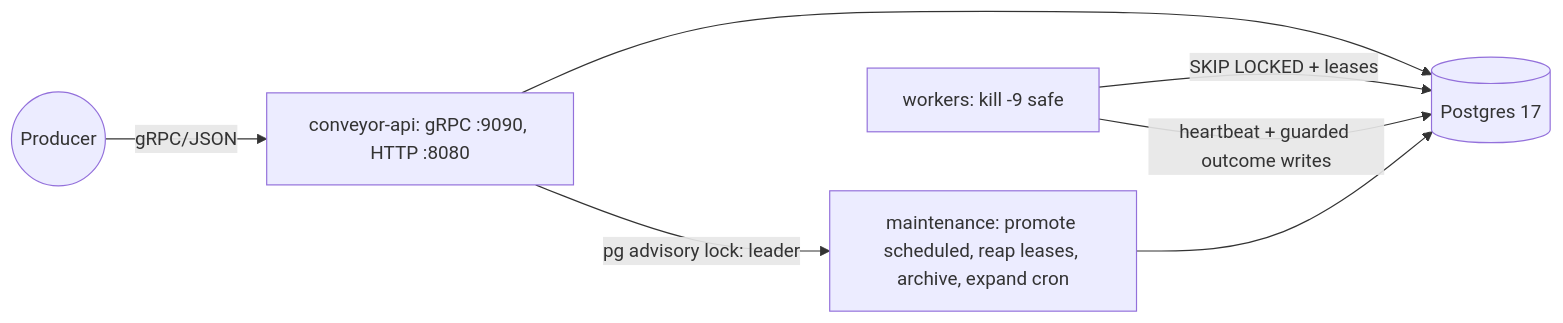
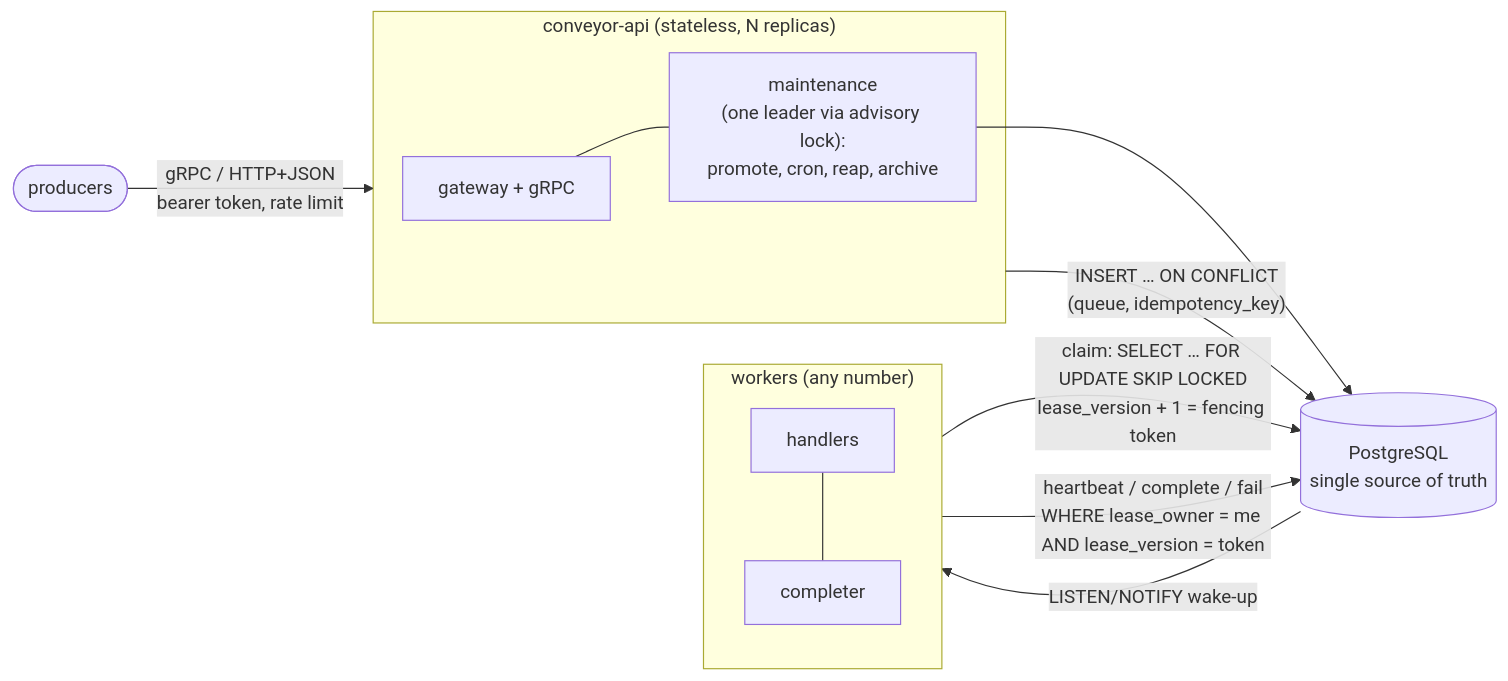
One commit to pavan-dangeti/Conveyor changed the first of 2 diagrams in README.md. Above: the diagram before and after it, drawn with Mermaid. The commit also changed other lines of this file and 13 other files, not shown here.

````diff
--- a/README.md
+++ b/README.md
@@ -45,9 +136,15 @@
 ```mermaid
 flowchart LR
-  producer((Producer)) -->|gRPC/JSON| api[conveyor-api: gRPC :9090, HTTP :8080]
-  api --> pg[(Postgres 17)]
-  workers[workers: kill -9 safe] -->|SKIP LOCKED + leases| pg
-  workers -->|heartbeat + guarded outcome writes| pg
-  api -->|pg advisory lock: leader| maintenance[maintenance: promote scheduled, reap leases, archive, expand cron]
-  maintenance --> pg
+  P([producers]) -- "gRPC / HTTP+JSON<br/>bearer token, rate limit" --> API
+  subgraph API["conveyor-api (stateless, N replicas)"]
+    G[gateway + gRPC] --- M["maintenance<br/>(one leader via advisory lock):<br/>promote, cron, reap, archive"]
+  end
+  API -- "INSERT … ON CONFLICT<br/>(queue, idempotency_key)" --> PG[(PostgreSQL<br/>single source of truth)]
+  M --> PG
+  PG -- "LISTEN/NOTIFY wake-up" --> W
+  subgraph W["workers (any number)"]
+    H[handlers] --- C[completer]
+  end
+  W -- "claim: SELECT … FOR UPDATE SKIP LOCKED<br/>lease_version + 1 = fencing token" --> PG
+  W -- "heartbeat / complete / fail<br/>WHERE lease_owner = me AND lease_version = token" --> PG
 ```
````
